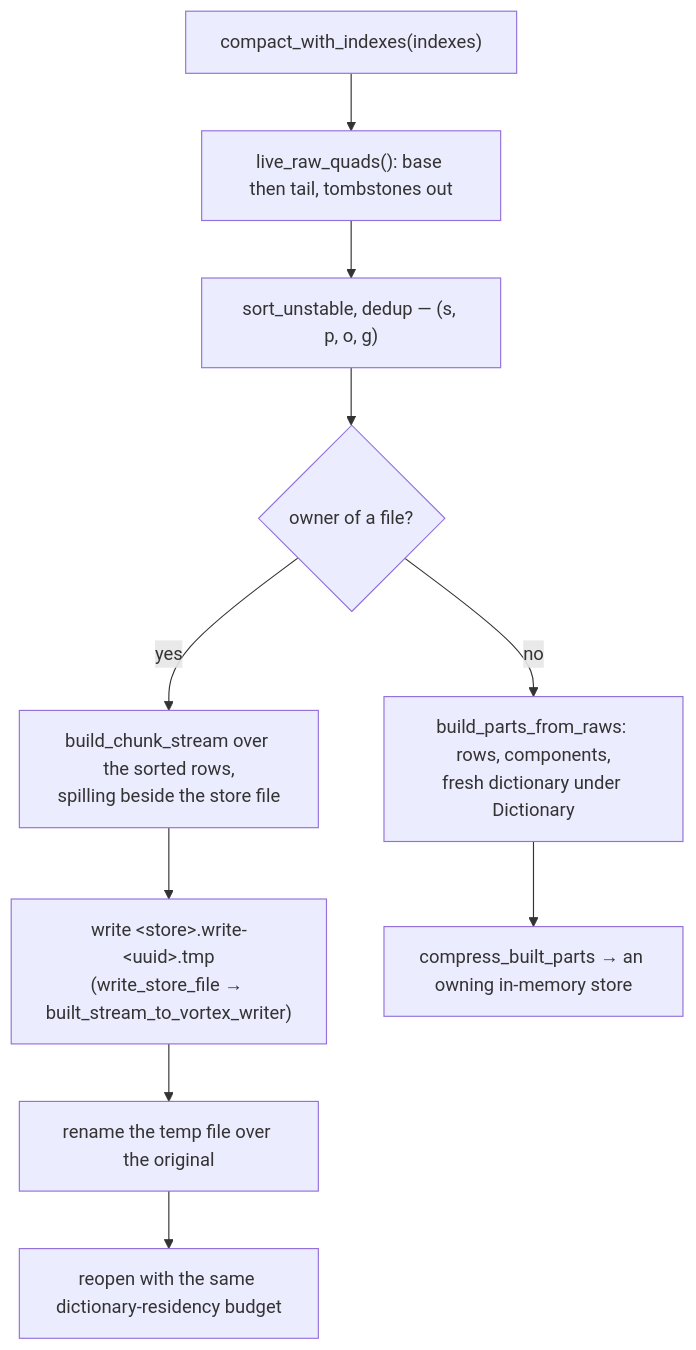
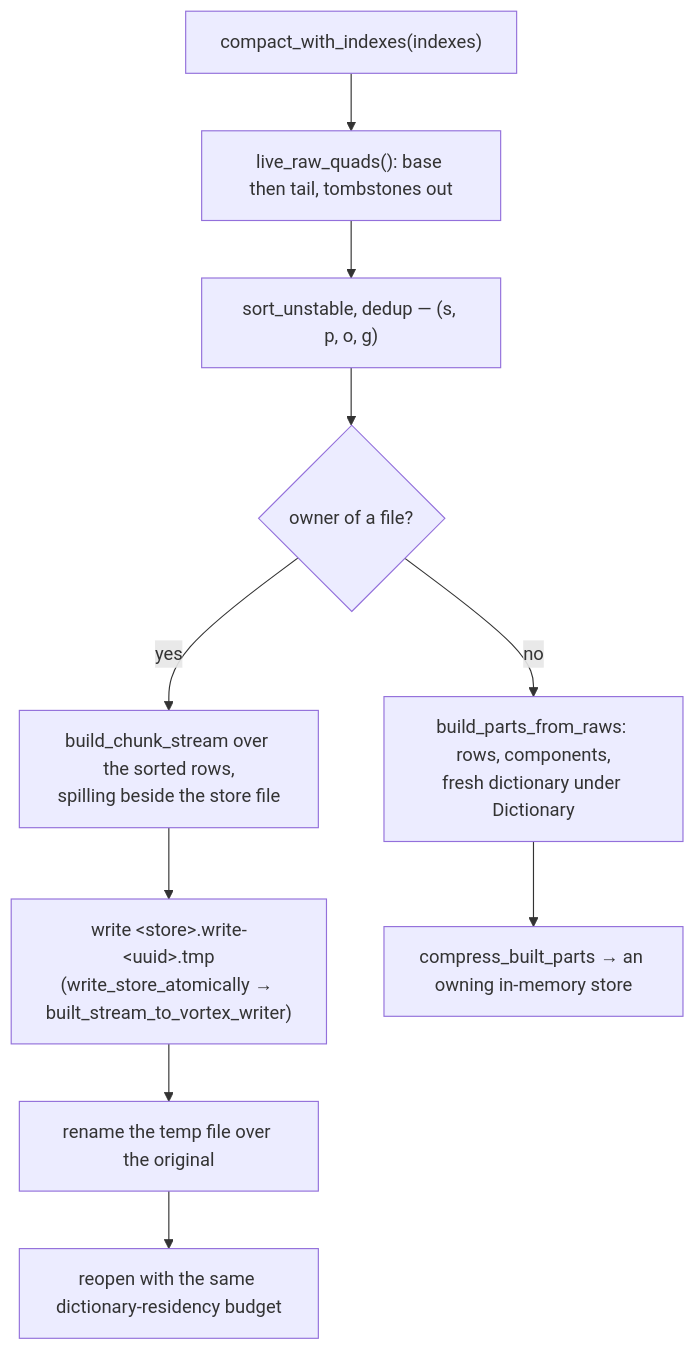
Before and after one commit to vortex-rdf/vortex-rdf: the fourth of 4 diagrams in docs/mutations.md, drawn with Mermaid. The commit also changed other lines of this file and 4 other files, not shown here.

First line of the commit message:
refactor(core): name the atomic store writer apart from the test helper

````diff
--- a/docs/mutations.md
+++ b/docs/mutations.md
@@ -199,12 +199,12 @@
 ```mermaid
 flowchart TD
     C["compact_with_indexes(indexes)"] --> L["live_raw_quads(): base then tail, tombstones out"]
     L --> S["sort_unstable, dedup — (s, p, o, g)"]
     S --> O{"owner of a file?"}
     O -- "yes" --> F1["build_chunk_stream over the sorted rows,<br/>spilling beside the store file"]
-    F1 --> F2["write &lt;store&gt;.write-&lt;uuid&gt;.tmp<br/>(write_store_file → built_stream_to_vortex_writer)"]
+    F1 --> F2["write &lt;store&gt;.write-&lt;uuid&gt;.tmp<br/>(write_store_atomically → built_stream_to_vortex_writer)"]
     F2 --> F3["rename the temp file over the original"]
     F3 --> F4["reopen with the same dictionary-residency budget"]
     O -- "no" --> M1["build_parts_from_raws: rows, components,<br/>fresh dictionary under Dictionary"]
     M1 --> M2["compress_built_parts → an owning in-memory store"]
 ```
````
